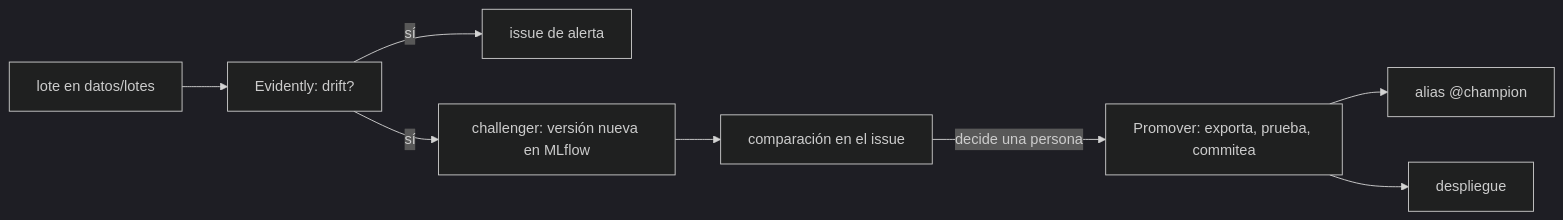
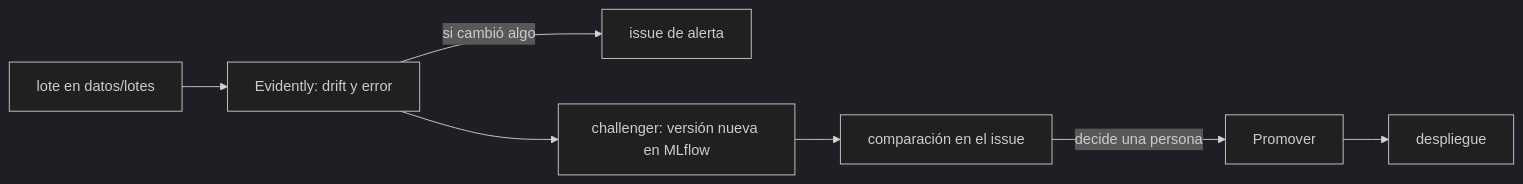
One commit to tomasavecilla/ml-house-price-regression changed the diagram in README.md. Above: the diagram before and after it, drawn with Mermaid (dark theme). The commit also changed other lines of this file and 2 other files, not shown here.

First line of the commit message:
docs: reescribir el README y agregar el diagrama de arquitectura

````diff
--- a/README.md
+++ b/README.md
@@ -132,10 +126,9 @@
 ```mermaid
 flowchart LR
-    lote[lote en datos/lotes] --> ev[Evidently: drift?]
-    ev -- "sí" --> iss[issue de alerta]
-    ev -- "sí" --> chal[challenger: versión nueva en MLflow]
+    lote[lote en datos/lotes] --> ev[Evidently: drift y error]
+    ev -- "si cambió algo" --> iss[issue de alerta]
+    ev --> chal[challenger: versión nueva en MLflow]
     chal --> cmp[comparación en el issue]
-    cmp -- "decide una persona" --> prom[Promover: exporta, prueba, commitea]
-    prom --> ali[alias @champion]
+    cmp -- "decide una persona" --> prom[Promover]
     prom --> dep[despliegue]
 ```
````
